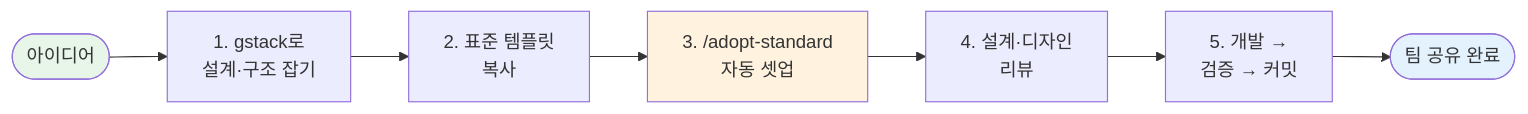
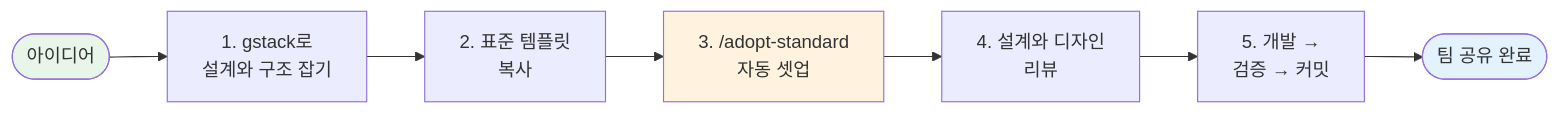
Before and after one commit to airiss-sw-team/claude-code-standard: the diagram in START-HERE.md, drawn with Mermaid. The commit also changed other lines of this file and 37 other files, not shown here.

````diff
--- a/START-HERE.md
+++ b/START-HERE.md
@@ -12,12 +12,12 @@
 ```mermaid
 flowchart LR
-    A([아이디어]) --> B[1. gstack로<br/>설계·구조 잡기]
+    A([아이디어]) --> B[1. gstack로<br/>설계와 구조 잡기]
     B --> C[2. 표준 템플릿<br/>복사]
     C --> D[3. /adopt-standard<br/>자동 셋업]
-    D --> E[4. 설계·디자인<br/>리뷰]
+    D --> E[4. 설계와 디자인<br/>리뷰]
     E --> F[5. 개발 →<br/>검증 → 커밋]
     F --> G([팀 공유 완료])
     style A fill:#e8f5e9
     style G fill:#e3f2fd
     style D fill:#fff3e0
 ```
````
